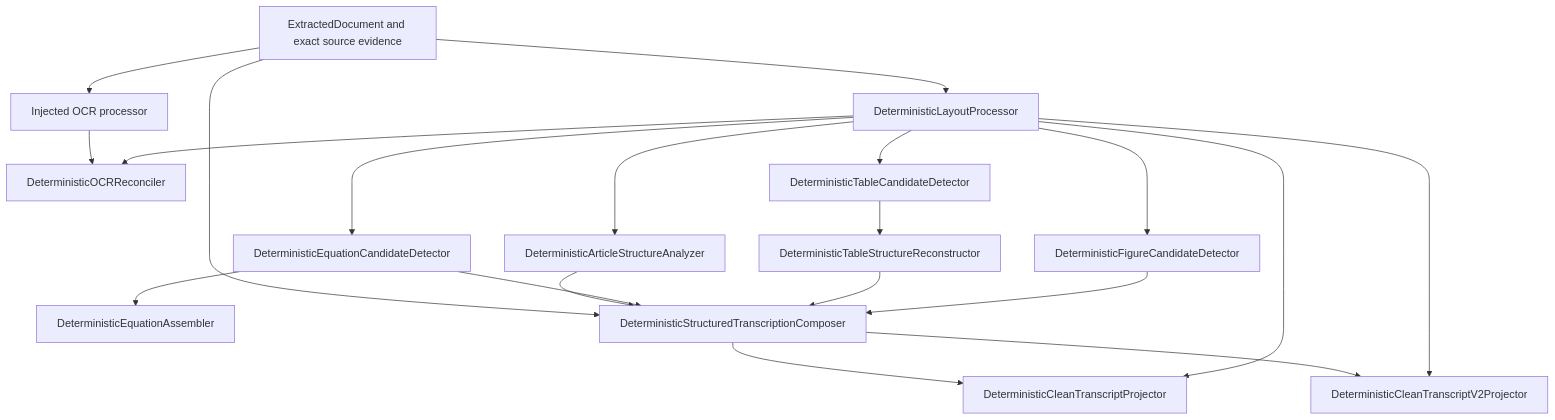
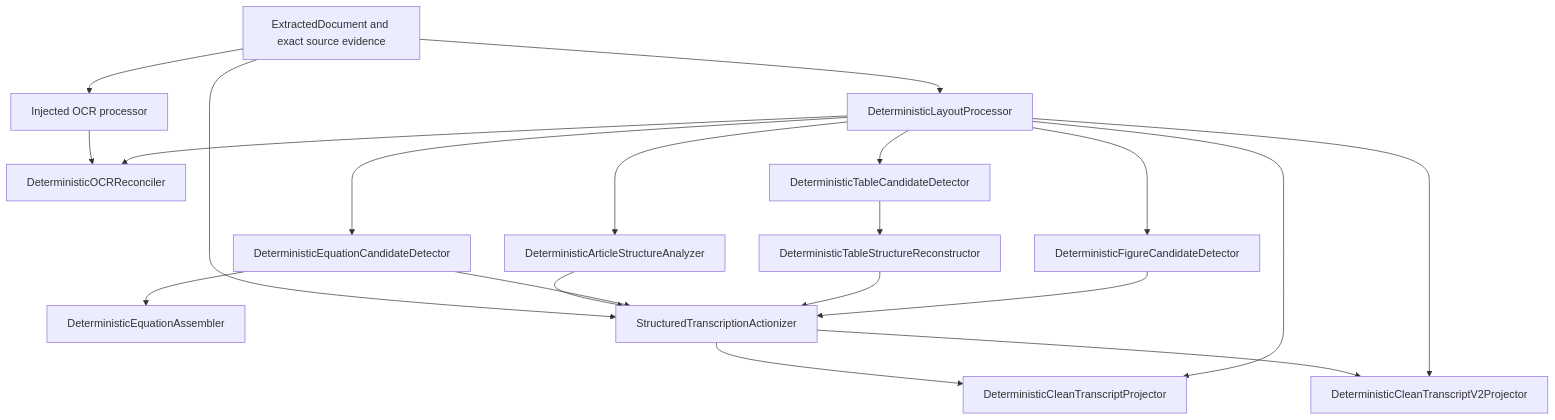
Before and after one commit to eragasa/projectkoios-ingestion: the diagram in docs/architecture/ingestion/v0/deterministic/index.md, drawn with Mermaid. The commit also changed other lines of this file and 11 other files, not shown here.

Commit message:
Promote structured transcription action family

````diff
--- a/docs/architecture/ingestion/v0/deterministic/index.md
+++ b/docs/architecture/ingestion/v0/deterministic/index.md
@@ -26,28 +26,28 @@
 ```mermaid
 flowchart TD
     Raw[ExtractedDocument and exact source evidence]
 
     Raw --> Layout[DeterministicLayoutProcessor]
     Raw --> OCR[Injected OCR processor]
     OCR --> Reconcile[DeterministicOCRReconciler]
     Layout --> Reconcile
 
     Layout --> Structure[DeterministicArticleStructureAnalyzer]
     Layout --> Equations[DeterministicEquationCandidateDetector]
     Layout --> Tables[DeterministicTableCandidateDetector]
     Layout --> Figures[DeterministicFigureCandidateDetector]
 
     Equations --> EquationAssembly[DeterministicEquationAssembler]
     Tables --> TableStructure[DeterministicTableStructureReconstructor]
 
-    Raw --> Compose[DeterministicStructuredTranscriptionComposer]
+    Raw --> Compose[StructuredTranscriptionActionizer]
     Structure --> Compose
     Equations --> Compose
     TableStructure --> Compose
     Figures --> Compose
 
     Compose --> CleanV1[DeterministicCleanTranscriptProjector]
     Compose --> CleanV2[DeterministicCleanTranscriptV2Projector]
     Layout --> CleanV1
     Layout --> CleanV2
 ```
````
